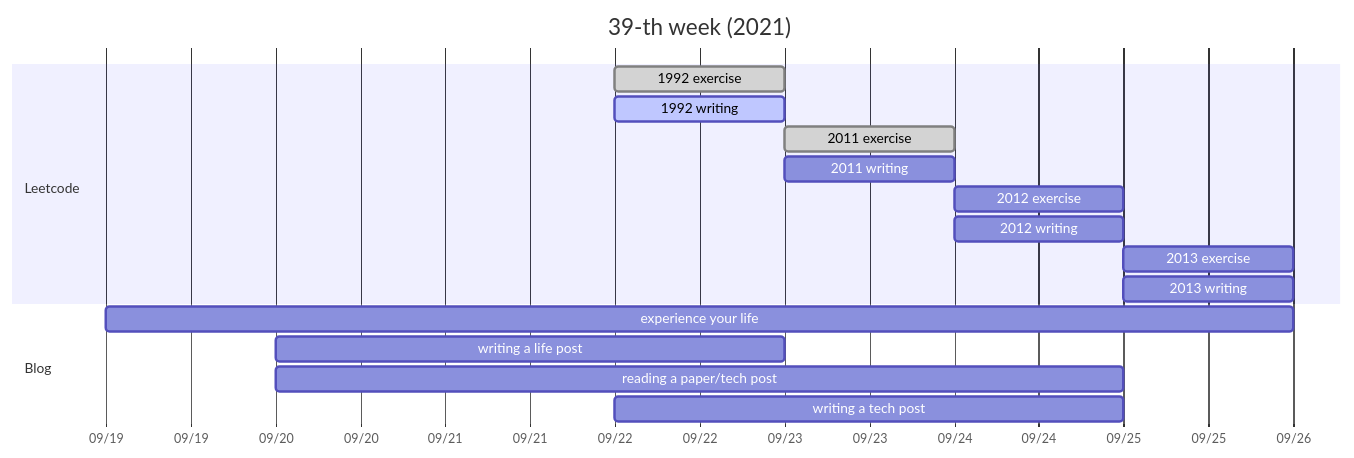
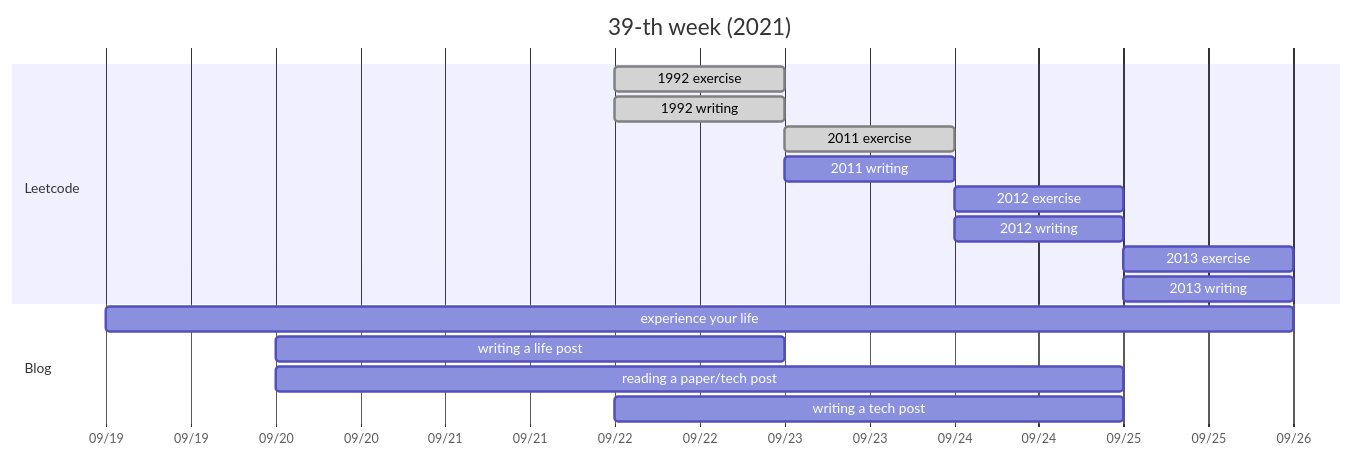
One commit to michaelmoju/allenyummy.github.io changed the diagram in _posts/2021-09-22-39th-weekly-progress.md. Above: the diagram before and after it, drawn with Mermaid.

Commit message:
[modified] 1992

````diff
--- a/_posts/2021-09-22-39th-weekly-progress.md
+++ b/_posts/2021-09-22-39th-weekly-progress.md
@@ -23,22 +23,22 @@
 ```mermaid
 gantt
     title 39-th week (2021)
     dateFormat  YYYY-MM-DD
     axisFormat  %m/%d
 
     section Leetcode
     1992 exercise       : done  , L1, 2021-09-22, 1d
-    1992 writing        : active, L2, 2021-09-22, 1d
+    1992 writing        : done  , L2, 2021-09-22, 1d
     2011 exercise       : done  , L3, 2021-09-23, 1d
     2011 writing        :         L4, 2021-09-23, 1d
     2012 exercise       :         L5, 2021-09-24, 1d
     2012 writing        :         L6, 2021-09-24, 1d
     2013 exercise       :         L7, 2021-09-25, 1d
     2013 writing        :         L8, 2021-09-25, 1d
 
     section Blog
     experience your life:         B1, 2021-09-19, 7d
     writing a life post :         B2, 2021-09-20, 3d
     reading a paper/tech post:    B3, 2021-09-20, 5d
     writing a tech post :         B2, 2021-09-22, 3d
 ```
````
